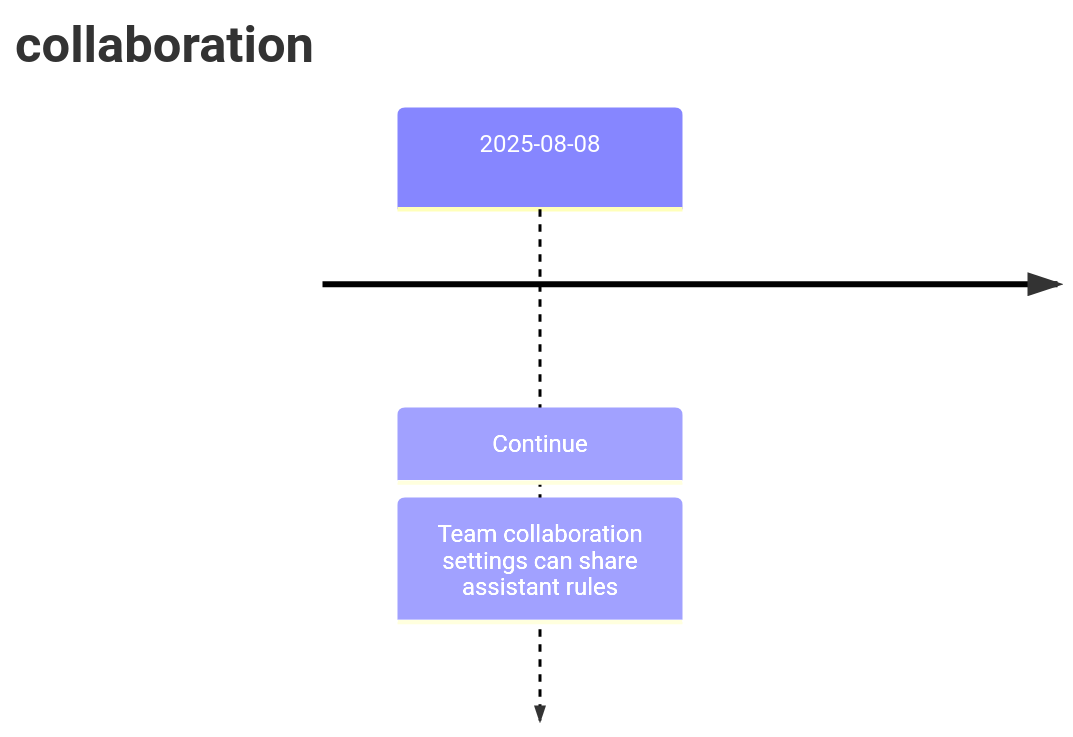
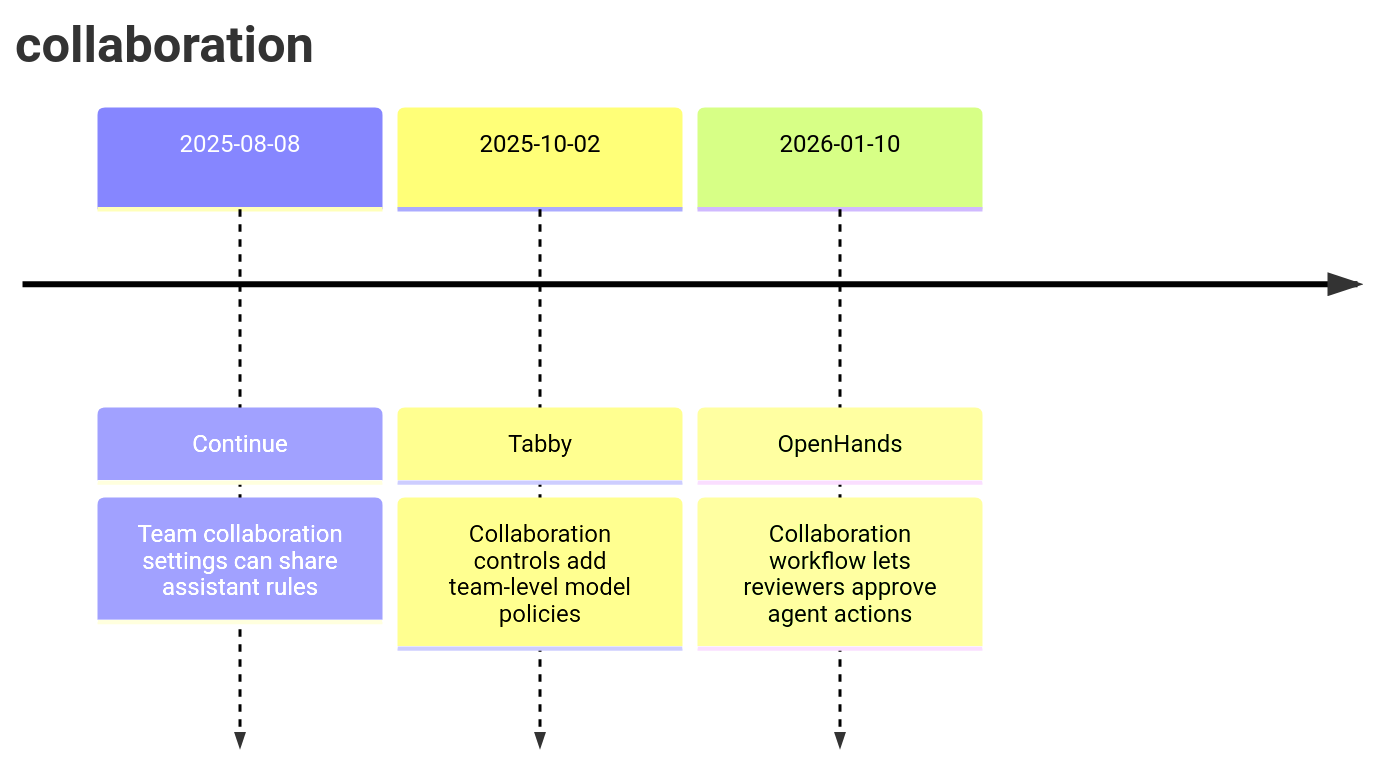
One commit to Wang-Shuo/chronolog changed the diagram in Themes/collaboration.md. Above: the diagram before and after it, drawn with Mermaid. The commit also changed other lines of this file and 58 other files, not shown here.

````diff
--- a/Themes/collaboration.md
+++ b/Themes/collaboration.md
@@ -16,5 +21,7 @@
 ```mermaid
 timeline
     title collaboration
     2025-08-08 : Continue : Team collaboration settings can share assistant rules
+    2025-10-02 : Tabby : Collaboration controls add team-level model policies
+    2026-01-10 : OpenHands : Collaboration workflow lets reviewers approve agent actions
 ```
````
